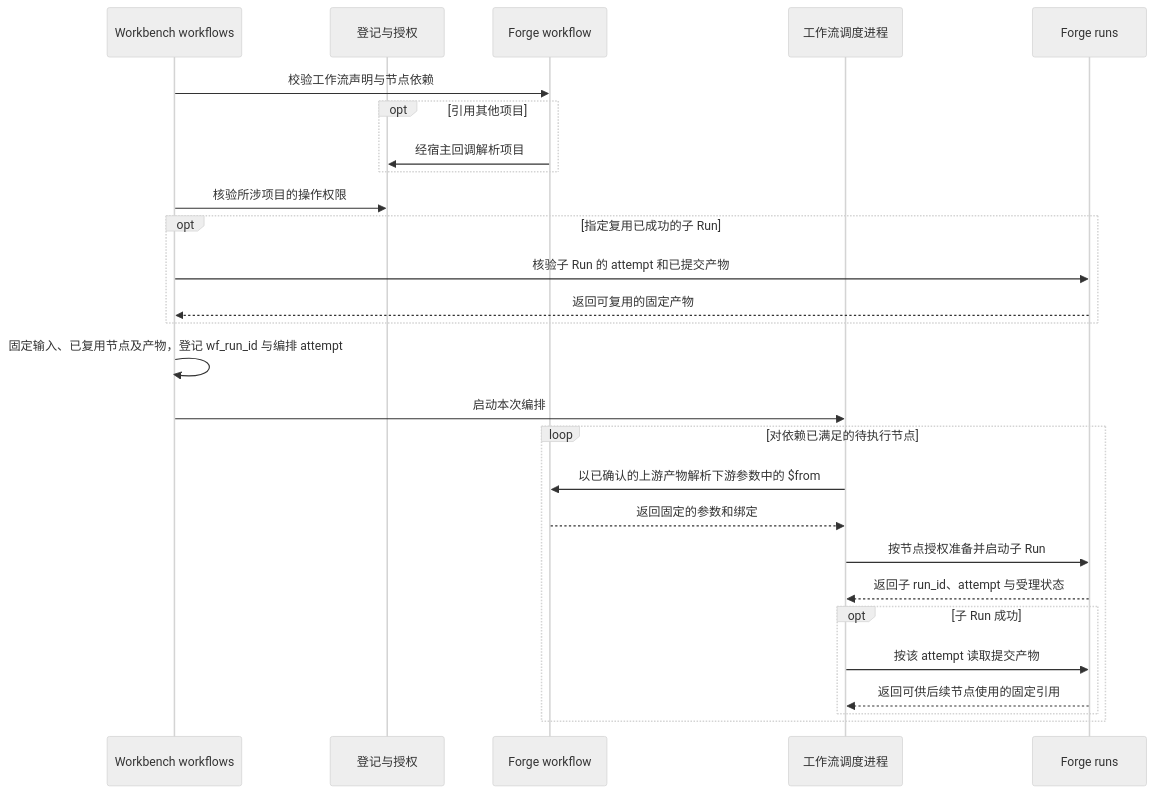
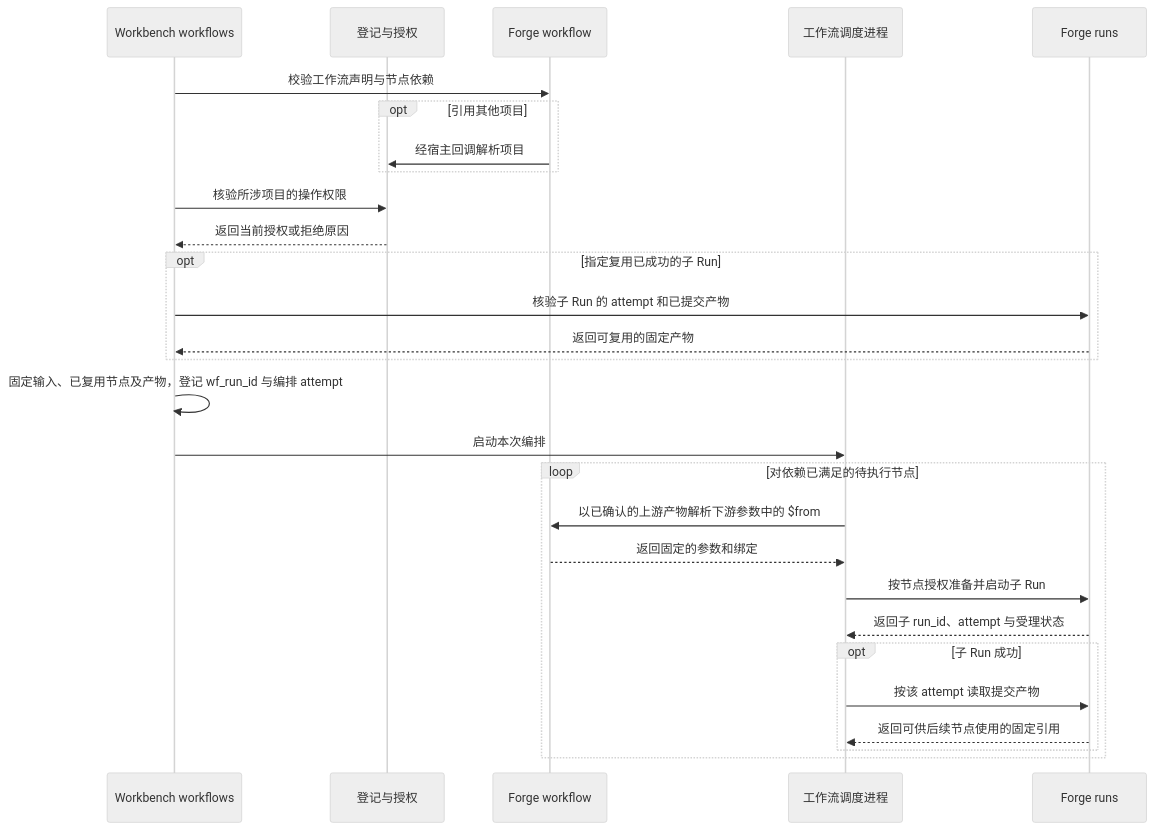
One commit to vincent9299/demiflow changed the ninth of 14 diagrams in docs/demiflow-architecture.md. Above: the diagram before and after it, drawn with Mermaid (neutral theme). The commit also changed other lines of this file, not shown here.

Commit message:
Put inter-module contracts on sequence diagram messages

````diff
--- a/docs/demiflow-architecture.md
+++ b/docs/demiflow-architecture.md
@@ -326,29 +340,30 @@
 ```mermaid
 sequenceDiagram
     participant W as Workbench workflows
     participant P as 登记与授权
     participant F as Forge workflow
     participant O as 工作流调度进程
     participant R as Forge runs
     W->>F: 校验工作流声明与节点依赖
     opt 引用其他项目
         F->>P: 经宿主回调解析项目
     end
     W->>P: 核验所涉项目的操作权限
+    P-->>W: 返回当前授权或拒绝原因
     opt 指定复用已成功的子 Run
         W->>R: 核验子 Run 的 attempt 和已提交产物
         R-->>W: 返回可复用的固定产物
     end
     W->>W: 固定输入、已复用节点及产物，登记 wf_run_id 与编排 attempt
     W->>O: 启动本次编排
     loop 对依赖已满足的待执行节点
         O->>F: 以已确认的上游产物解析下游参数中的 $from
         F-->>O: 返回固定的参数和绑定
         O->>R: 按节点授权准备并启动子 Run
         R-->>O: 返回子 run_id、attempt 与受理状态
         opt 子 Run 成功
             O->>R: 按该 attempt 读取提交产物
             R-->>O: 返回可供后续节点使用的固定引用
         end
     end
 ```
````
